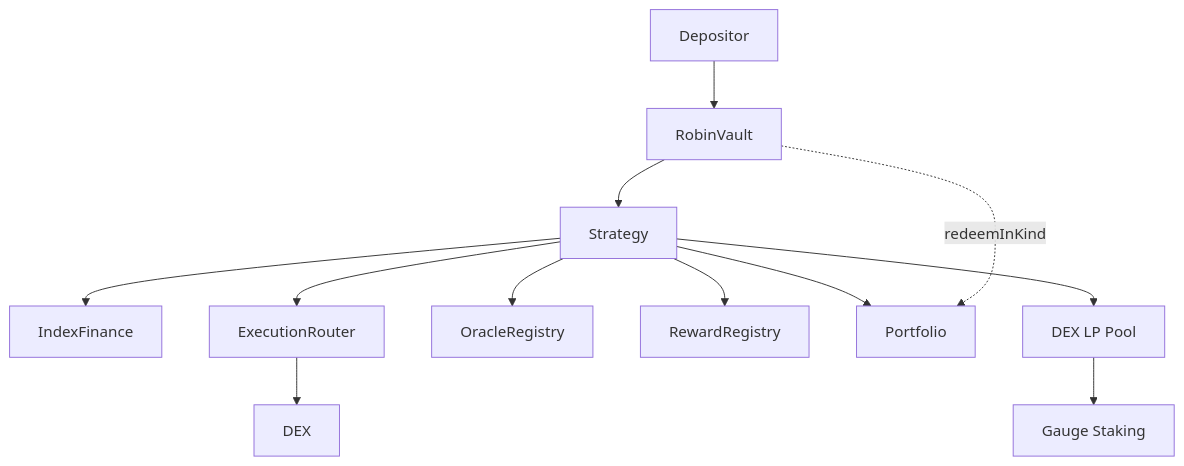
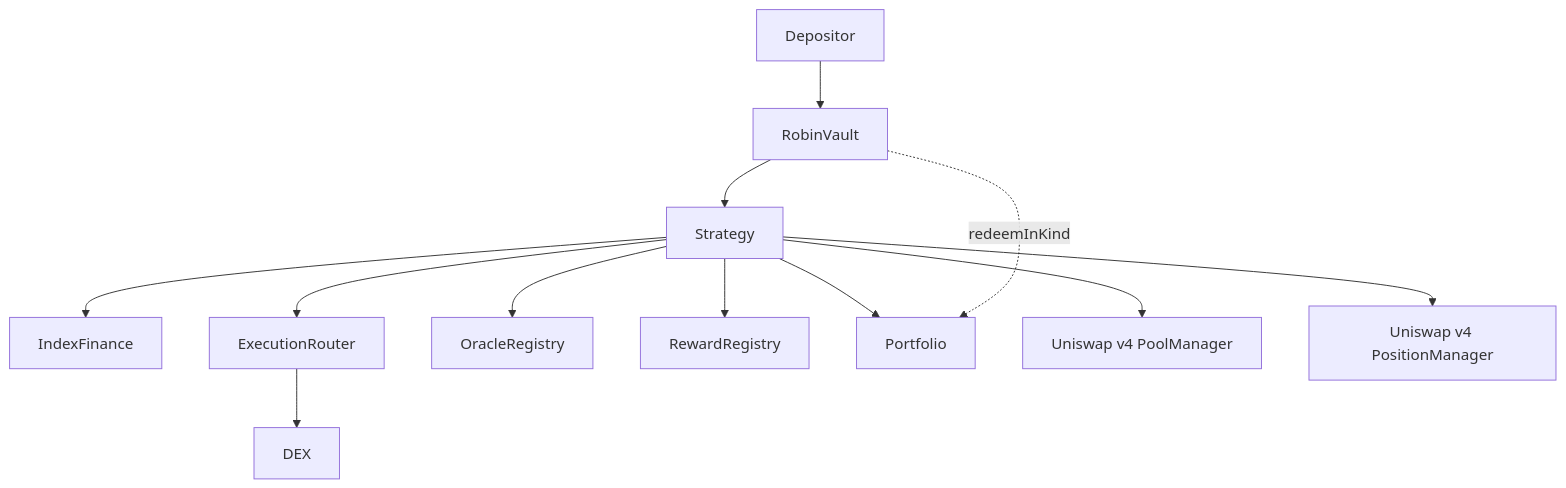
The diagram in README.md (Robin-Harvest/robin-harvest-contracts), drawn with Mermaid before and after one commit. The commit also changed other lines of this file and 48 other files, not shown here.

````diff
--- a/README.md
+++ b/README.md
@@ -85,21 +85,21 @@
 ```mermaid
 flowchart TD
     Depositor --> RobinVault
     RobinVault --> Strategy
 
     Strategy --> IndexFinance
     Strategy --> ExecutionRouter
     ExecutionRouter --> DEX
 
     Strategy --> OracleRegistry
     Strategy --> RewardRegistry
 
     Strategy --> Portfolio
 
-    %% LP Strategy flow
-    Strategy --> LpPair[DEX LP Pool]
-    LpPair --> Gauge[Gauge Staking]
+    %% Concentrated liquidity flow
+    Strategy --> PoolManager[Uniswap v4 PoolManager]
+    Strategy --> PositionManager[Uniswap v4 PositionManager]
 
     %% Optional in-kind redemption flow
     RobinVault -. redeemInKind .-> Portfolio
 ```
````
